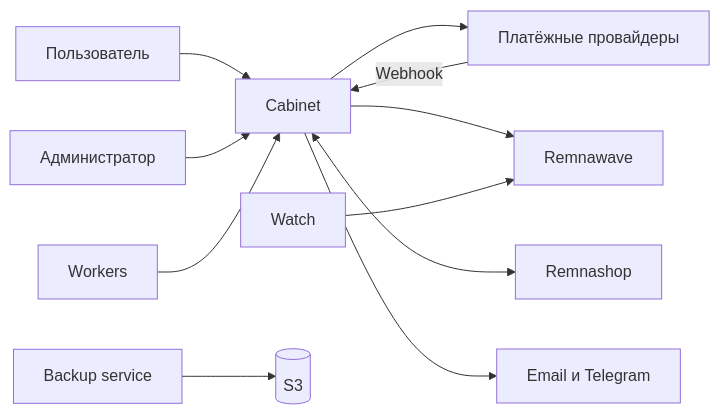
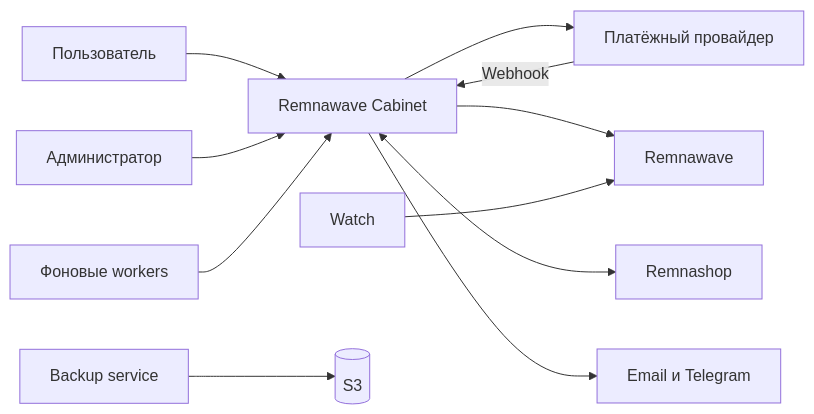
Before and after one commit to asdcrosh/cabinet_remna: the diagram in README.md, drawn with Mermaid. The commit also changed other lines of this file, not shown here.

````diff
--- a/README.md
+++ b/README.md
@@ -154,15 +218,15 @@
 ```mermaid
 flowchart LR
-  User[Пользователь] --> Cabinet[Cabinet]
+  Client[Пользователь] --> Cabinet[Remnawave Cabinet]
   Admin[Администратор] --> Cabinet
 
-  Cabinet --> Payment[Платёжные провайдеры]
+  Cabinet --> Payment[Платёжный провайдер]
   Payment -->|Webhook| Cabinet
   Cabinet --> Remnawave[Remnawave]
   Cabinet <--> Remnashop[Remnashop]
-  Cabinet --> Channels[Email и Telegram]
+  Cabinet --> Delivery[Email и Telegram]
 
-  Workers[Workers] --> Cabinet
+  Workers[Фоновые workers] --> Cabinet
   Watch[Watch] --> Remnawave
   Backups[Backup service] --> S3[(S3)]
 ```
````
